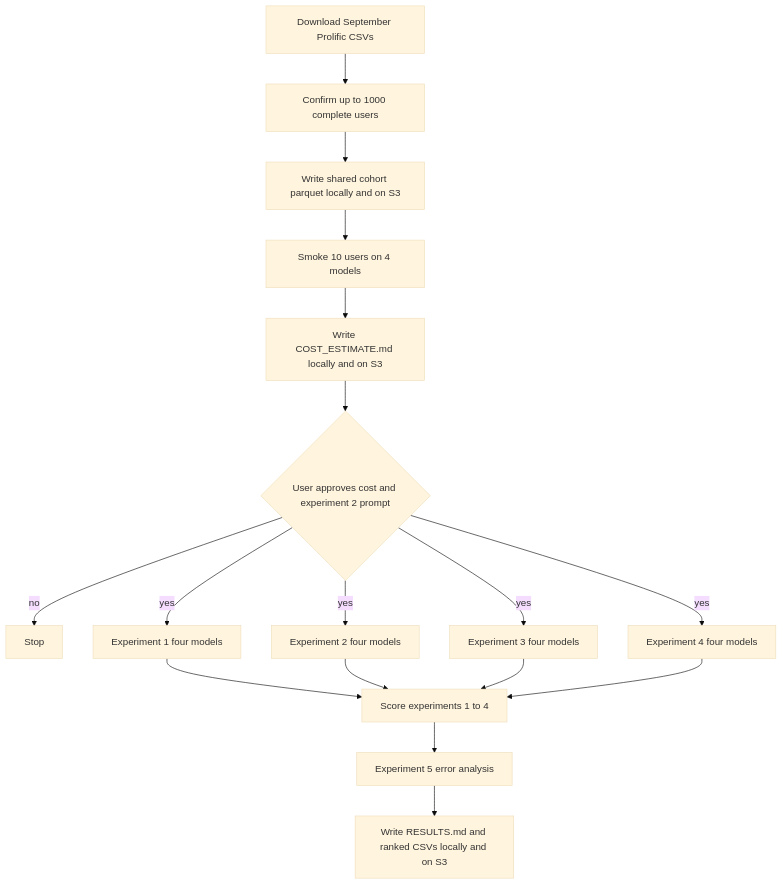
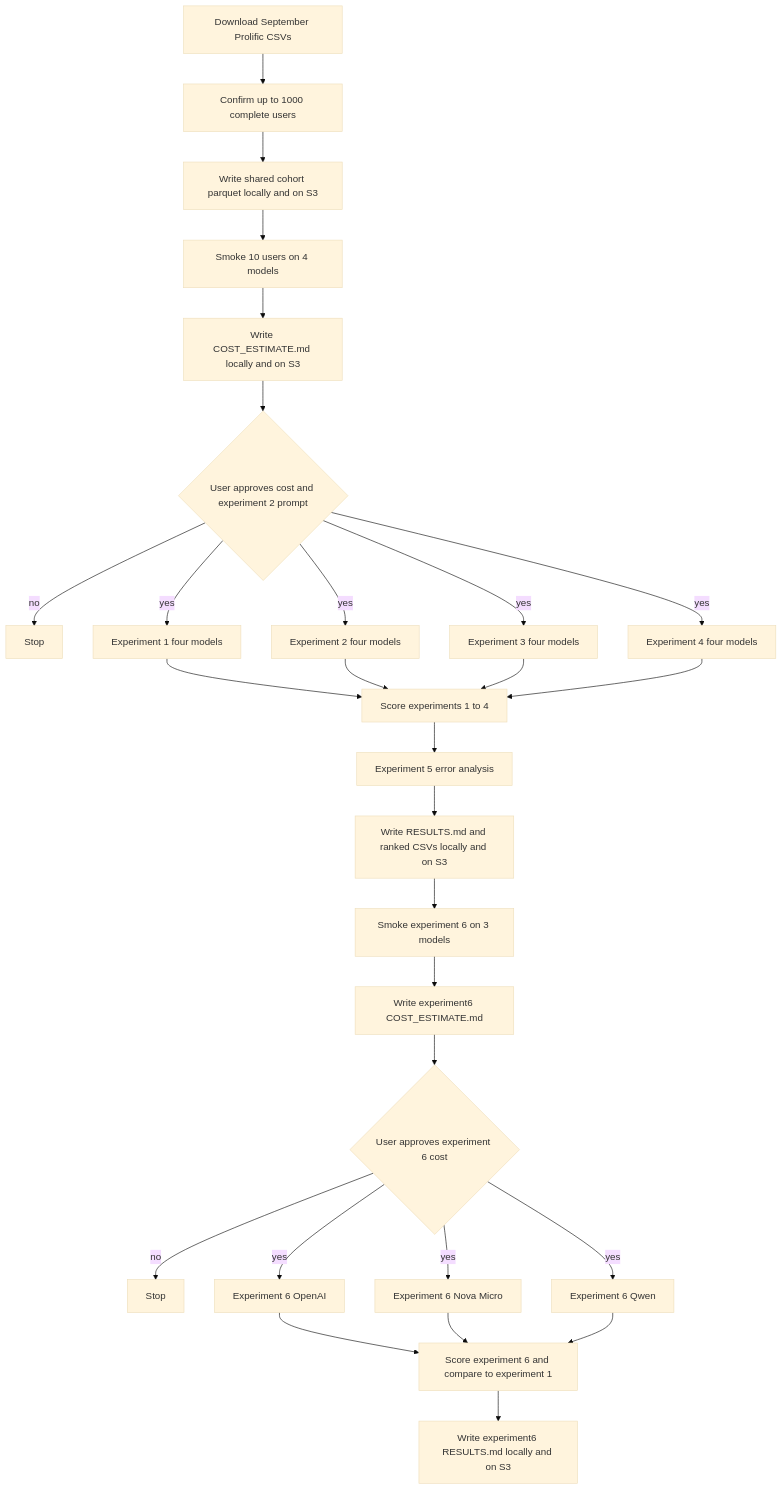
Before and after one commit to METResearchGroup/mirrorView-task: the diagram in docs/plans/2026-09-12_ai_simulation_responses_a28567/plan.md, drawn with Mermaid (base theme). The commit also changed other lines of this file and 7 other files, not shown here.

````diff
--- a/docs/plans/2026-09-12_ai_simulation_responses_a28567/plan.md
+++ b/docs/plans/2026-09-12_ai_simulation_responses_a28567/plan.md
@@ -17,19 +17,30 @@
 ```mermaid
 flowchart TD
     A[Download September Prolific CSVs] --> B[Confirm up to 1000 complete users]
     B --> C[Write shared cohort parquet locally and on S3]
     C --> D[Smoke 10 users on 4 models]
     D --> E[Write COST_ESTIMATE.md locally and on S3]
     E --> F{User approves cost and experiment 2 prompt}
     F -->|no| STOP[Stop]
     F -->|yes| G1[Experiment 1 four models]
     F -->|yes| G2[Experiment 2 four models]
     F -->|yes| G3[Experiment 3 four models]
     F -->|yes| G4[Experiment 4 four models]
     G1 --> H[Score experiments 1 to 4]
     G2 --> H
     G3 --> H
     G4 --> H
     H --> I[Experiment 5 error analysis]
     I --> J[Write RESULTS.md and ranked CSVs locally and on S3]
+    J --> K[Smoke experiment 6 on 3 models]
+    K --> L[Write experiment6 COST_ESTIMATE.md]
+    L --> M{User approves experiment 6 cost}
+    M -->|no| STOP6[Stop]
+    M -->|yes| N1[Experiment 6 OpenAI]
+    M -->|yes| N2[Experiment 6 Nova Micro]
+    M -->|yes| N3[Experiment 6 Qwen]
+    N1 --> P[Score experiment 6 and compare to experiment 1]
+    N2 --> P
+    N3 --> P
+    P --> Q[Write experiment6 RESULTS.md locally and on S3]
 ```
````
